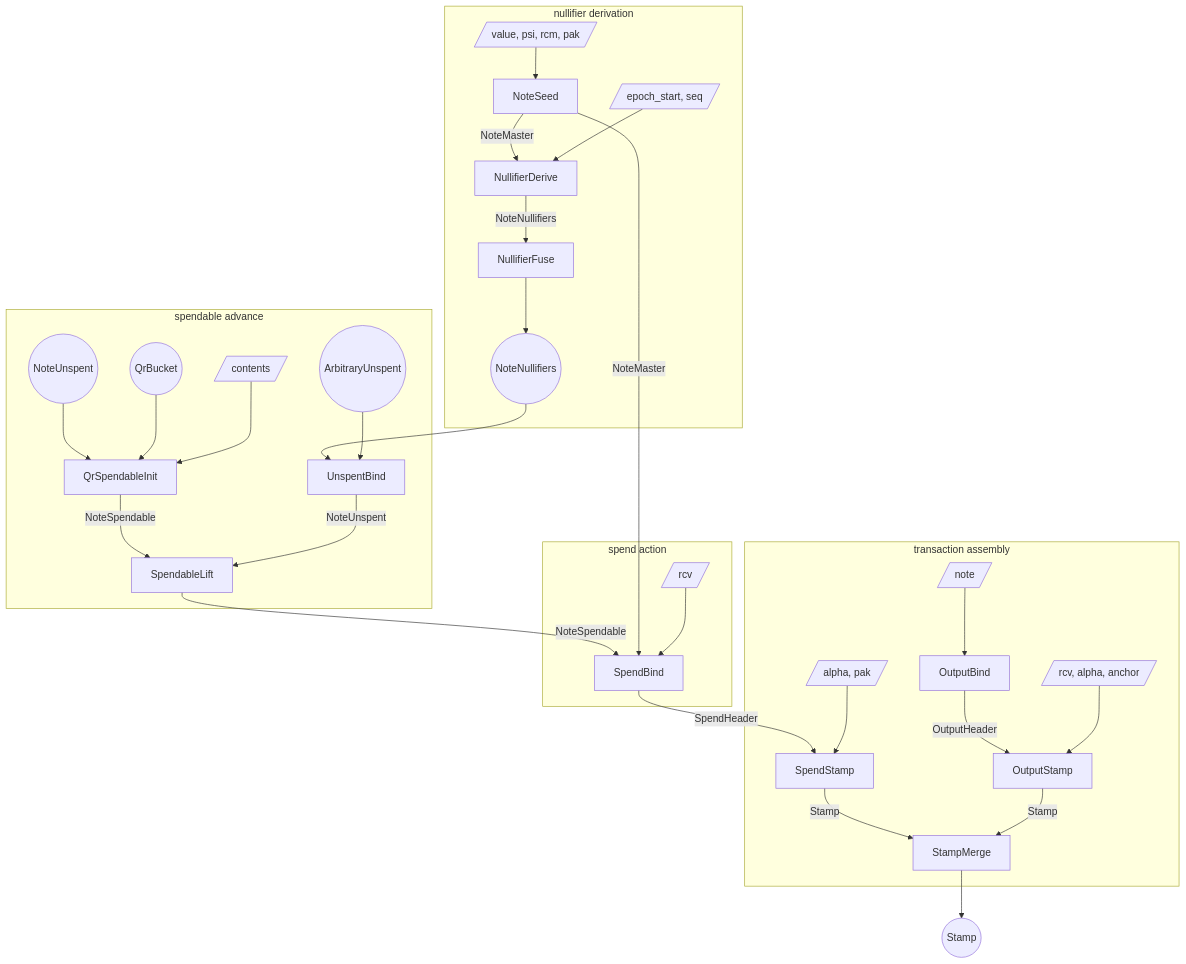
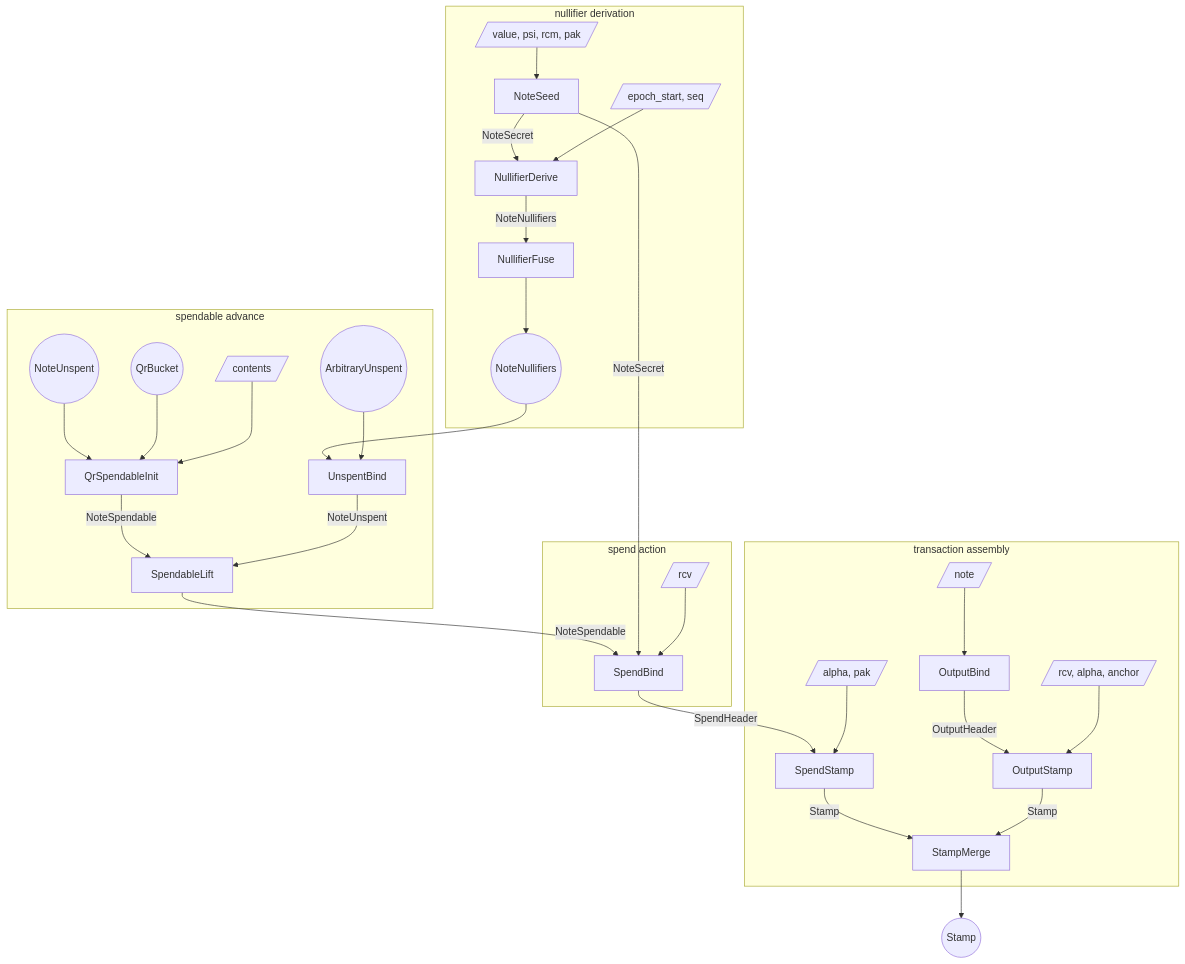
Before and after one commit to tachyon-zcash/tachyon: the first of 3 diagrams in book/src/proof-tree.md, drawn with Mermaid. The commit also changed other lines of this file and 8 other files, not shown here.

First line of the commit message:
refactor: NoteMaster becomes NoteSecret

````diff
--- a/book/src/proof-tree.md
+++ b/book/src/proof-tree.md
@@ -308,65 +308,65 @@
 ```mermaid
 flowchart TB
   subgraph derive [nullifier derivation]
     w_seed[/value, psi, rcm, pak/]
     s_seed[NoteSeed]
     w_window[/epoch_start, seq/]
     s_window[NullifierDerive]
     s_dfuse[NullifierFuse]
     nf_range((NoteNullifiers))
   end
 
   subgraph spendable [spendable advance]
     bucket_in((QrBucket))
     creation_in((NoteUnspent))
     w_init[/contents/]
     s_init[QrSpendableInit]
     unspent_in((ArbitraryUnspent))
     s_unspentbind[UnspentBind]
     s_lift[SpendableLift]
   end
 
   subgraph spend_stamp [spend action]
     w_bind[/rcv/]
     s_bind[SpendBind]
   end
 
   subgraph merge [transaction assembly]
     w_stamp[/alpha, pak/]
     s_spendstamp[SpendStamp]
     w_outbind[/note/]
     s_outbind[OutputBind]
     w_output[/rcv, alpha, anchor/]
     s_output[OutputStamp]
     s_merge[StampMerge]
   end
 
   stamp_out((Stamp))
 
   w_seed --> s_seed
-  s_seed -->|NoteMaster| s_window
+  s_seed -->|NoteSecret| s_window
   w_window --> s_window
   s_window -->|NoteNullifiers| s_dfuse
   s_dfuse --> nf_range
 
   creation_in --> s_init
   bucket_in --> s_init
   w_init --> s_init
   nf_range --> s_unspentbind
   unspent_in --> s_unspentbind
   s_init -->|NoteSpendable| s_lift
   s_unspentbind -->|NoteUnspent| s_lift
   s_lift -->|NoteSpendable| s_bind
 
-  s_seed -->|NoteMaster| s_bind
+  s_seed -->|NoteSecret| s_bind
   w_bind --> s_bind
   s_bind -->|SpendHeader| s_spendstamp
   w_stamp --> s_spendstamp
 
   w_outbind --> s_outbind
   s_outbind -->|OutputHeader| s_output
   w_output --> s_output
   s_spendstamp -->|Stamp| s_merge
   s_output -->|Stamp| s_merge
   s_merge --> stamp_out
 ```
````
